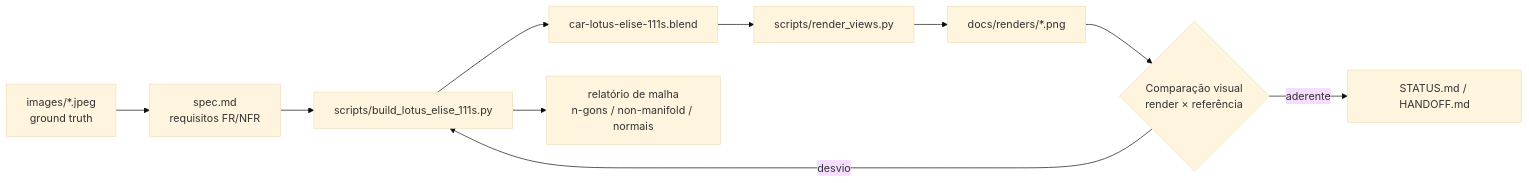
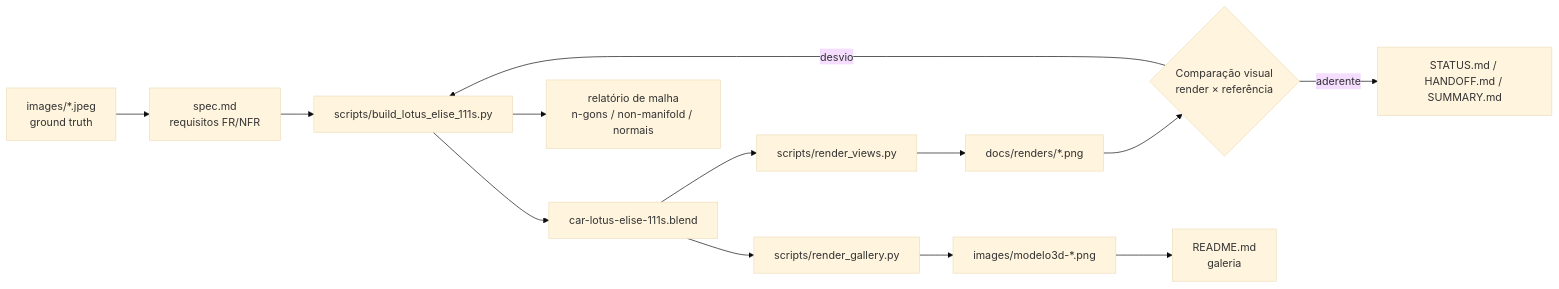
The diagram in README.md (wvianna/mcp-blender-vscode-car-lotus-elise-s2-111s), drawn with Mermaid (base theme) before and after one commit. The commit also changed other lines of this file and 21 other files, not shown here.

First line of the commit message:
Refina acabamento do modelo: vidro escuro, lanternas, emblemas e galeria

````diff
--- a/README.md
+++ b/README.md
@@ -73,12 +126,15 @@
 ```mermaid
 flowchart LR
     A["images/*.jpeg<br/>ground truth"] --> B["spec.md<br/>requisitos FR/NFR"]
     B --> C["scripts/build_lotus_elise_111s.py"]
     C --> D["car-lotus-elise-111s.blend"]
     C --> E["relatório de malha<br/>n-gons / non-manifold / normais"]
     D --> F["scripts/render_views.py"]
+    D --> J["scripts/render_gallery.py"]
     F --> G["docs/renders/*.png"]
+    J --> K["images/modelo3d-*.png"]
     G --> H{"Comparação visual<br/>render × referência"}
+    K --> L["README.md<br/>galeria"]
     H -->|desvio| C
-    H -->|aderente| I["STATUS.md / HANDOFF.md"]
+    H -->|aderente| I["STATUS.md / HANDOFF.md / SUMMARY.md"]
 ```
````
